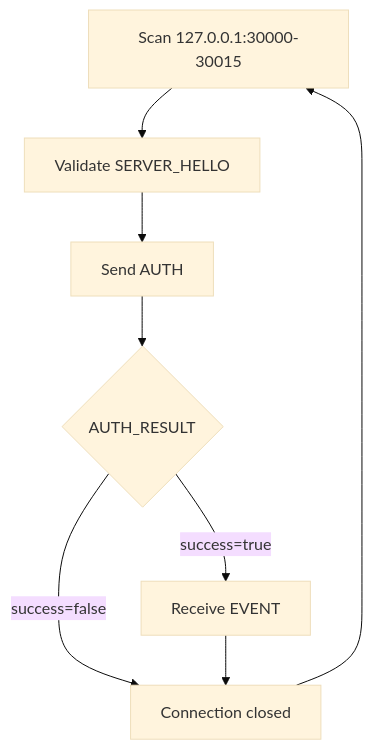
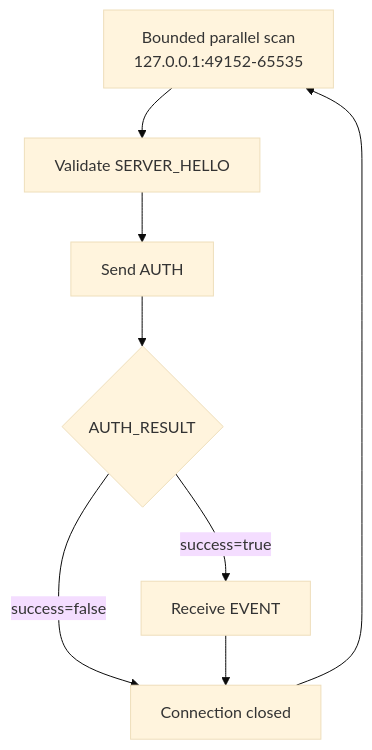
The second of 2 diagrams in docs/guide/architecture.md (liangpeiran-bit/tiktok-live-studio-local-data-access), drawn with Mermaid (base theme) before and after one commit. The commit also changed other lines of this file and 18 other files, not shown here.

````diff
--- a/docs/guide/architecture.md
+++ b/docs/guide/architecture.md
@@ -21,17 +21,17 @@
 ```mermaid
 flowchart TD
-  Scan[Scan 127.0.0.1:30000-30015]
+  Scan[Bounded parallel scan<br/>127.0.0.1:49152-65535]
   Hello[Validate SERVER_HELLO]
   Auth[Send AUTH]
   Result{AUTH_RESULT}
   Events[Receive EVENT]
   Closed[Connection closed]
 
   Scan --> Hello
   Hello --> Auth
   Auth --> Result
   Result -->|success=true| Events
   Result -->|success=false| Closed
   Events --> Closed
   Closed --> Scan
 ```
````
